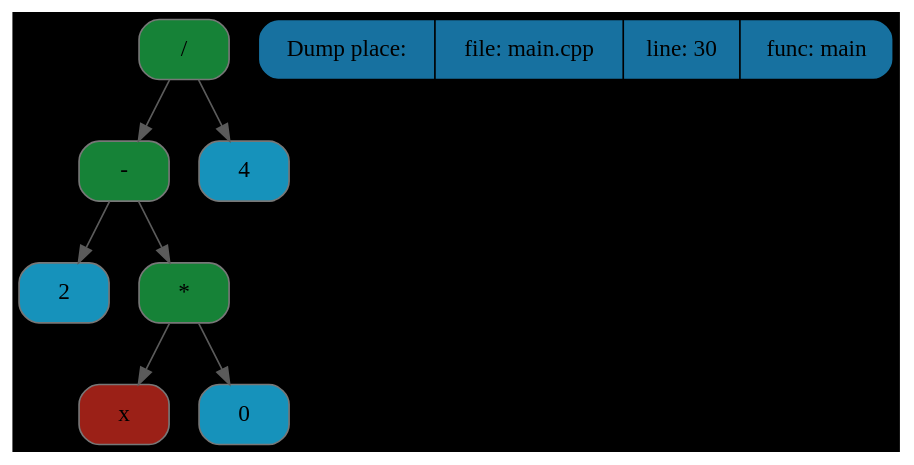
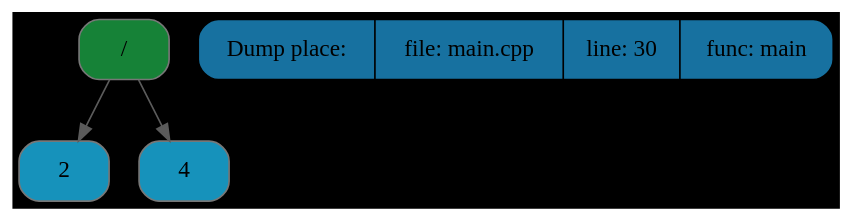
The diagram in tree.dot (Maksim-Sebelev/Differentiator), drawn with Graphviz before and after one commit. The commit also changed 6 other files, not shown here.

```diff
--- a/tree.dot
+++ b/tree.dot
@@ -1,19 +1,11 @@
 digraph G{
 rankdir=TB
 graph [bgcolor="#000000"];
 node0x504000000050[shape=Mrecord, style=filled, fillcolor="#168237"label ="/", color = "#777777"];
-node0x504000000290[shape=Mrecord, style=filled, fillcolor="#168237"label ="-", color = "#777777"];
-node0x504000000210[shape=Mrecord, style=filled, fillcolor="#1692bb"label ="2", color = "#777777"];
-node0x504000000250[shape=Mrecord, style=filled, fillcolor="#168237"label ="*", color = "#777777"];
-node0x504000000090[shape=Mrecord, style=filled, fillcolor="#9b2017"label ="x", color = "#777777"];
-node0x504000000150[shape=Mrecord, style=filled, fillcolor="#1692bb"label ="0", color = "#777777"];
+node0x504000000290[shape=Mrecord, style=filled, fillcolor="#1692bb"label ="2", color = "#777777"];
 node0x5040000002d0[shape=Mrecord, style=filled, fillcolor="#1692bb"label ="4", color = "#777777"];
 edge[color="#5b5b5b"];
 node0x504000000050->node0x504000000290;
-node0x504000000290->node0x504000000210;
-node0x504000000290->node0x504000000250;
-node0x504000000250->node0x504000000090;
-node0x504000000250->node0x504000000150;
 node0x504000000050->node0x5040000002d0;
 place[shape=Mrecord, style=filled, fillcolor="#1771a0",label  = "Dump place:| file: main.cpp |<f0> line: 30 |<f1> func: main", color = "#000000"];
 }
```
